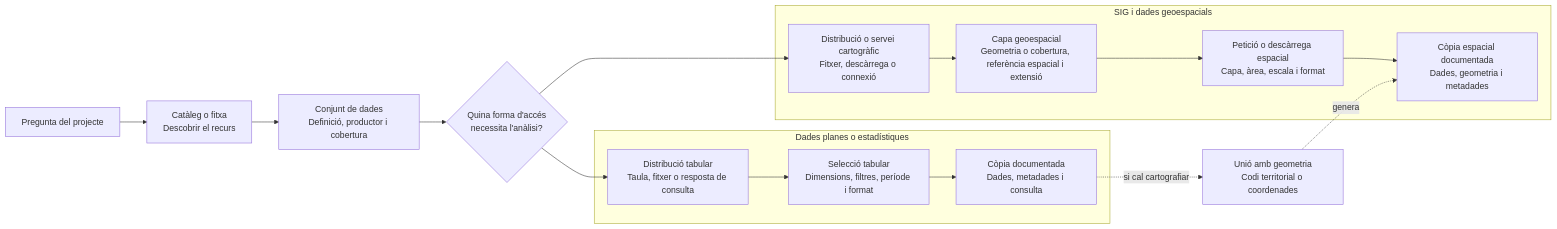
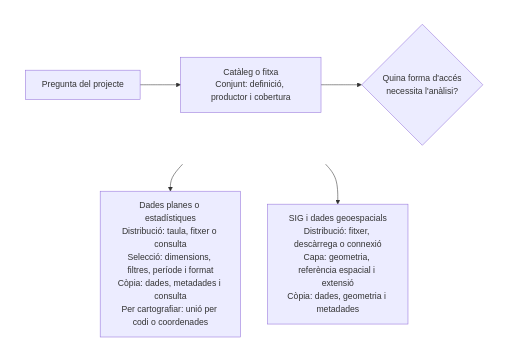
Before and after one commit to geourv/tigit: the diagram in assets/diagrams/data-source-levels.mmd, drawn with Mermaid. The commit also changed 53 other files, not shown here.

```diff
--- a/assets/diagrams/data-source-levels.mmd
+++ b/assets/diagrams/data-source-levels.mmd
@@ -1,29 +1,8 @@
-flowchart LR
-  question[Pregunta del projecte] --> catalog[Catàleg o fitxa\nDescobrir el recurs]
-  catalog --> dataset[Conjunt de dades\nDefinició, productor i cobertura]
-  dataset --> access{Quina forma d'accés\nnecessita l'anàlisi?}
-
-  subgraph flat["Dades planes o estadístiques"]
-    flatdist[Distribució tabular\nTaula, fitxer o resposta de consulta]
-    flatselect[Selecció tabular\nDimensions, filtres, període i format]
-    flatcopy[Còpia documentada\nDades, metadades i consulta]
+flowchart TB
+  subgraph top[" "]
+    direction LR
+    question[Pregunta del projecte] --> source[Catàleg o fitxa<br/>Conjunt: definició, productor i cobertura] --> access{Quina forma d'accés<br/>necessita l'anàlisi?}
   end
-
-  subgraph spatial["SIG i dades geoespacials"]
-    geodist[Distribució o servei cartogràfic\nFitxer, descàrrega o connexió]
-    layer[Capa geoespacial\nGeometria o cobertura, referència espacial i extensió]
-    spatialselect[Petició o descàrrega espacial\nCapa, àrea, escala i format]
-    spatialcopy[Còpia espacial documentada\nDades, geometria i metadades]
-  end
-
-  access --> flatdist
-  flatdist --> flatselect
-  flatselect --> flatcopy
-
-  access --> geodist
-  geodist --> layer
-  layer --> spatialselect
-  spatialselect --> spatialcopy
-
-  flatcopy -. si cal cartografiar .-> join[Unió amb geometria\nCodi territorial o coordenades]
-  join -. genera .-> spatialcopy
+  access --> flat[Dades planes o estadístiques<br/>Distribució: taula, fitxer o consulta<br/>Selecció: dimensions, filtres, període i format<br/>Còpia: dades, metadades i consulta<br/>Per cartografiar: unió per codi o coordenades]
+  access --> spatial[SIG i dades geoespacials<br/>Distribució: fitxer, descàrrega o connexió<br/>Capa: geometria, referència espacial i extensió<br/>Còpia: dades, geometria i metadades]
+  style top fill:none,stroke:none
```
